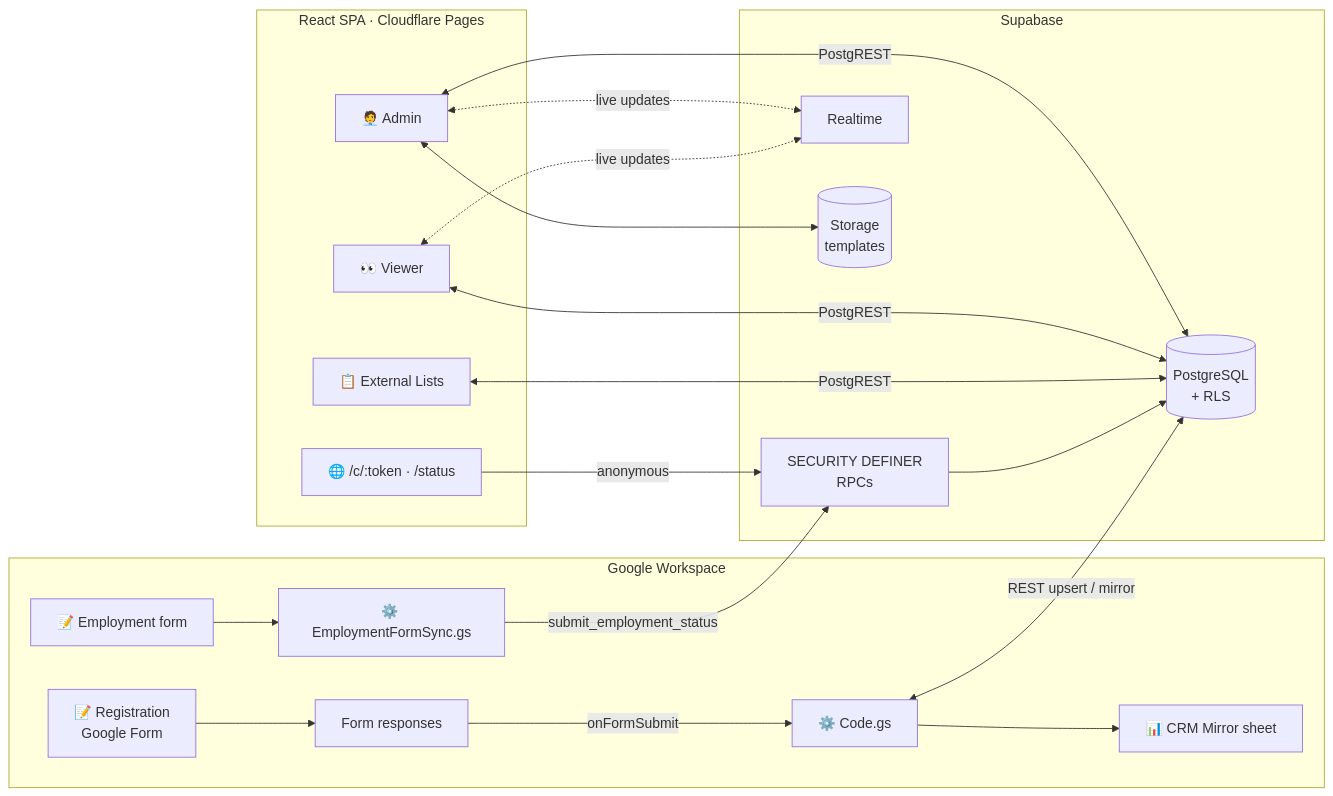
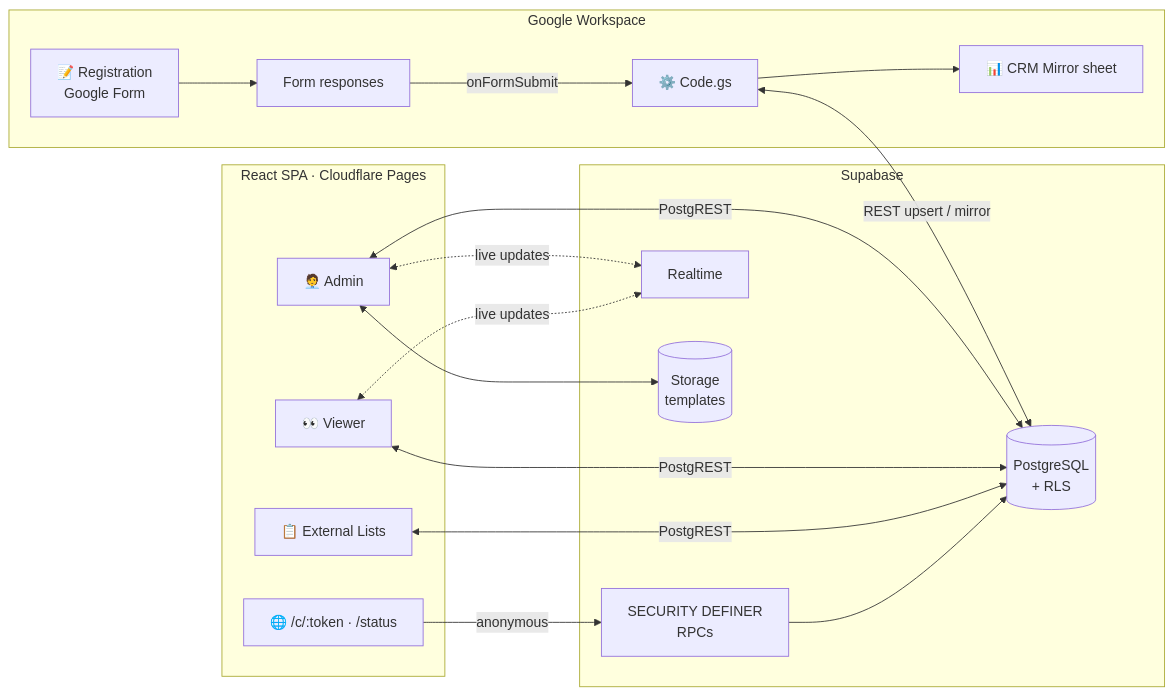
One commit to ihorvasyliev-gh/CRM-From-Google changed the first of 2 diagrams in README.md. Above: the diagram before and after it, drawn with Mermaid. The commit also changed other lines of this file and 132 other files, not shown here.

First line of the commit message:
CRM Audit Improvements (P0 → P1 → P2): Security, Scale, Audit Log, UX, Architecture & A11y (#46)

````diff
--- a/README.md
+++ b/README.md
@@ -210,30 +210,28 @@
 ```mermaid
 flowchart LR
     subgraph Google["Google Workspace"]
         Form["📝 Registration<br/>Google Form"] --> Sheet["Form responses"]
         Sheet -->|onFormSubmit| GAS["⚙️ Code.gs"]
         GAS --> Mirror["📊 CRM Mirror sheet"]
-        Survey["📝 Employment form"] --> GAS2["⚙️ EmploymentFormSync.gs"]
     end
 
     subgraph Supabase["Supabase"]
         DB[("PostgreSQL<br/>+ RLS")]
         RPC["SECURITY DEFINER<br/>RPCs"]
         RT["Realtime"]
         ST[("Storage<br/>templates")]
     end
 
     subgraph Web["React SPA · Cloudflare Pages"]
         Admin["🧑‍💼 Admin"]
         Viewer["👀 Viewer"]
         Outreach["📋 External Lists"]
         Public["🌐 /c/:token · /status"]
     end
 
     GAS <-->|REST upsert / mirror| DB
-    GAS2 -->|submit_employment_status| RPC
     Admin & Viewer & Outreach <-->|PostgREST| DB
     Admin & Viewer <-.->|live updates| RT
     Admin <--> ST
     Public -->|anonymous| RPC --> DB
 ```
````
